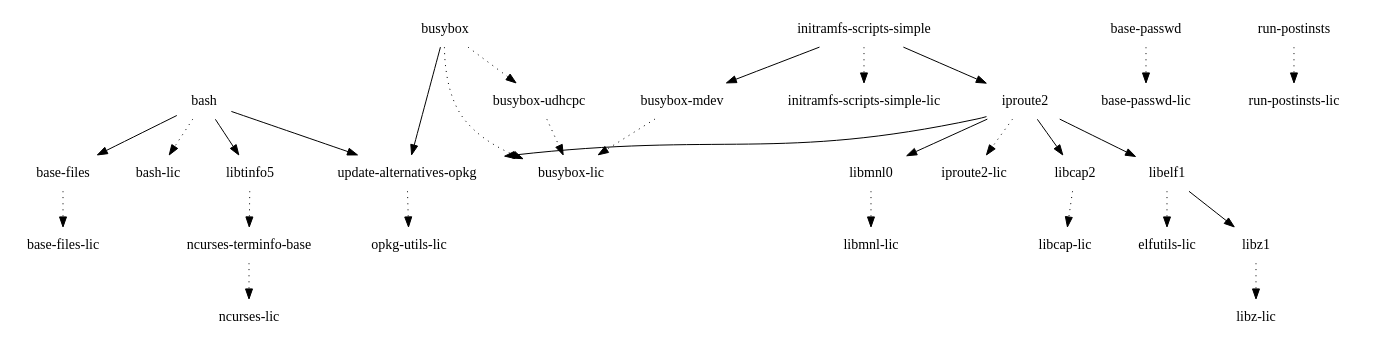
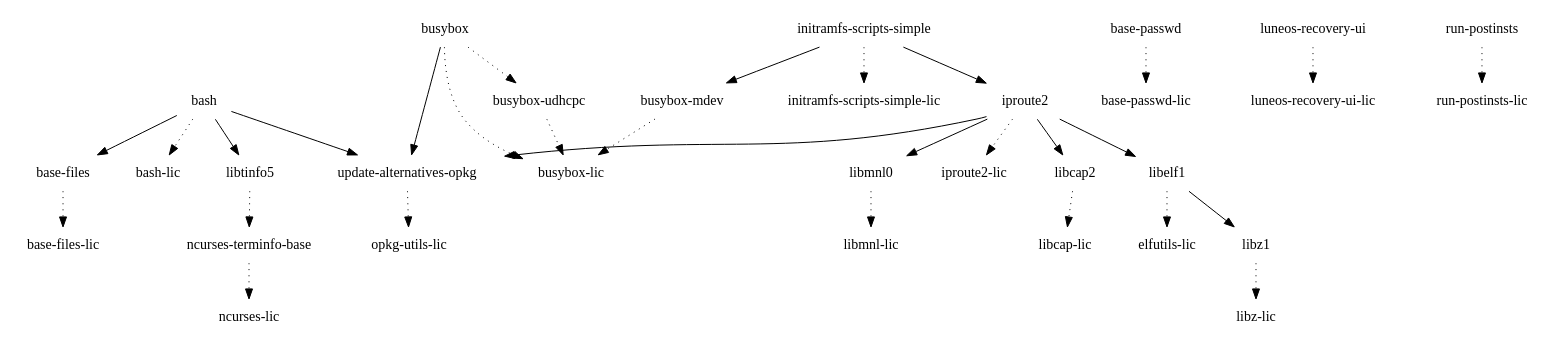
Before and after one commit to webOS-ports/buildhistory: the diagram in images/pinephone/glibc/initramfs-uboot-image/depends-nokernel-nolibc.dot, drawn with Graphviz. The commit also changed 8771 other files, not shown here.

```diff
--- a/images/pinephone/glibc/initramfs-uboot-image/depends-nokernel-nolibc.dot
+++ b/images/pinephone/glibc/initramfs-uboot-image/depends-nokernel-nolibc.dot
@@ -1,31 +1,32 @@
 digraph depends {
     node [shape=plaintext]
 "base-files" -> "base-files-lic" [style=dotted]
 "base-passwd" -> "base-passwd-lic" [style=dotted]
 "bash" -> "base-files"
 "bash" -> "bash-lic" [style=dotted]
 "bash" -> "libtinfo5"
 "bash" -> "update-alternatives-opkg"
 "busybox" -> "busybox-lic" [style=dotted]
 "busybox" -> "busybox-udhcpc" [style=dotted]
 "busybox-mdev" -> "busybox-lic" [style=dotted]
 "busybox-udhcpc" -> "busybox-lic" [style=dotted]
 "busybox" -> "update-alternatives-opkg"
 "initramfs-scripts-simple" -> "busybox-mdev"
 "initramfs-scripts-simple" -> "initramfs-scripts-simple-lic" [style=dotted]
 "initramfs-scripts-simple" -> "iproute2"
 "iproute2" -> "iproute2-lic" [style=dotted]
 "iproute2" -> "libcap2"
 "iproute2" -> "libelf1"
 "iproute2" -> "libmnl0"
 "iproute2" -> "update-alternatives-opkg"
 "libcap2" -> "libcap-lic" [style=dotted]
 "libelf1" -> "elfutils-lic" [style=dotted]
 "libelf1" -> "libz1"
 "libmnl0" -> "libmnl-lic" [style=dotted]
 "libtinfo5" -> "ncurses-terminfo-base" [style=dotted]
 "libz1" -> "libz-lic" [style=dotted]
+"luneos-recovery-ui" -> "luneos-recovery-ui-lic" [style=dotted]
 "ncurses-terminfo-base" -> "ncurses-lic" [style=dotted]
 "run-postinsts" -> "run-postinsts-lic" [style=dotted]
 "update-alternatives-opkg" -> "opkg-utils-lic" [style=dotted]
 }
```
